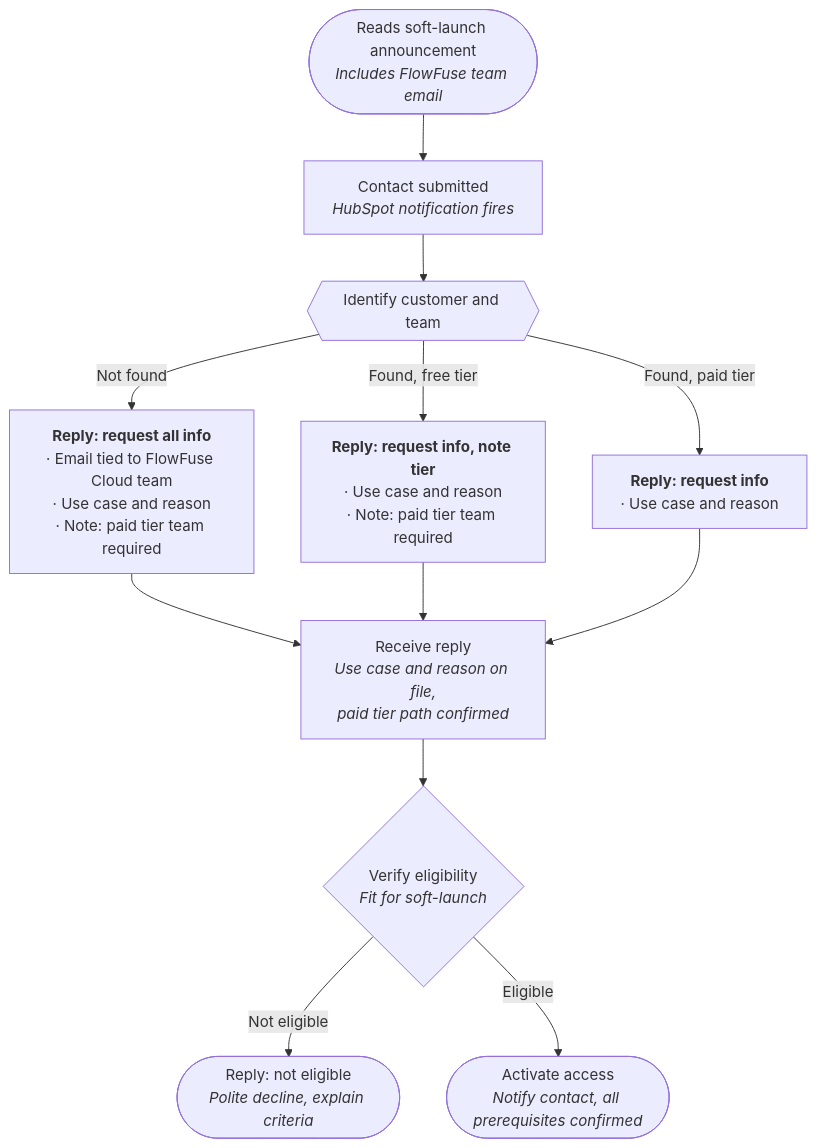
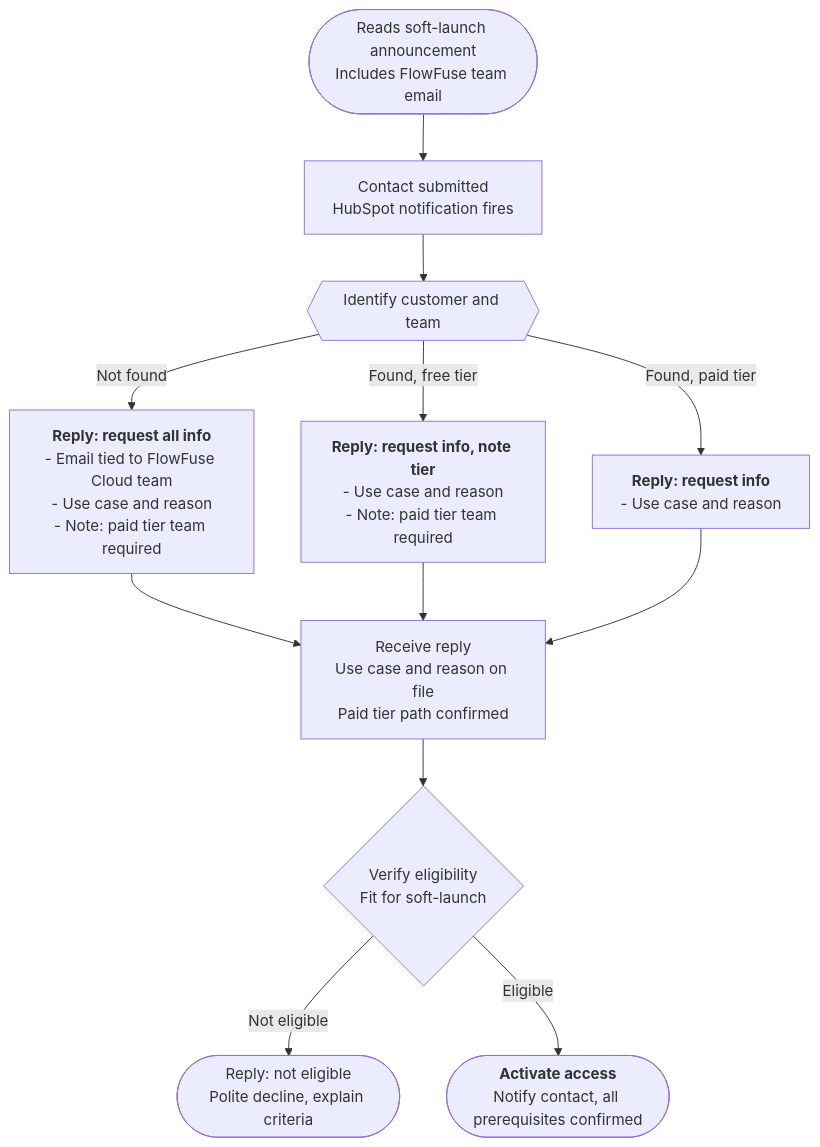
Before and after one commit to FlowFuse/website: the diagram in src/handbook/engineering/ops/expert-application-building-access.md, drawn with Mermaid.

Commit message:
handbook: quote mermaid node labels so they render
Unquoted nodes with HTML formatting caused the mermaid block to fail
silently on Eleventy/v10. Switching to quoted labels matches the
pattern used in sales/engagements.md and engineering/ops/deployment.md.

````diff
--- a/src/handbook/engineering/ops/expert-application-building-access.md
+++ b/src/handbook/engineering/ops/expert-application-building-access.md
@@ -13,27 +13,27 @@
 ```mermaid
 flowchart TD
-    Start([Reads soft-launch announcement<br/><i>Includes FlowFuse team email</i>])
-    Contact[Contact submitted<br/><i>HubSpot notification fires</i>]
-    Identify{{Identify customer and team}}
+    Start(["Reads soft-launch announcement<br />Includes FlowFuse team email"])
+    Contact["Contact submitted<br />HubSpot notification fires"]
+    Identify{{"Identify customer and team"}}
 
-    AskUnknown[<b>Reply: request all info</b><br/>· Email tied to FlowFuse Cloud team<br/>· Use case and reason<br/>· Note: paid tier team required]
-    AskFree[<b>Reply: request info, note tier</b><br/>· Use case and reason<br/>· Note: paid tier team required]
-    AskPaid[<b>Reply: request info</b><br/>· Use case and reason]
+    AskUnknown["<b>Reply: request all info</b><br />- Email tied to FlowFuse Cloud team<br />- Use case and reason<br />- Note: paid tier team required"]
+    AskFree["<b>Reply: request info, note tier</b><br />- Use case and reason<br />- Note: paid tier team required"]
+    AskPaid["<b>Reply: request info</b><br />- Use case and reason"]
 
-    Receive[Receive reply<br/><i>Use case and reason on file,<br/>paid tier path confirmed</i>]
+    Receive["Receive reply<br />Use case and reason on file<br />Paid tier path confirmed"]
 
-    Eligibility{Verify eligibility<br/><i>Fit for soft-launch</i>}
-    Decline([Reply: not eligible<br/><i>Polite decline, explain criteria</i>])
-    Activate([Activate access<br/><i>Notify contact, all prerequisites confirmed</i>])
+    Eligibility{"Verify eligibility<br />Fit for soft-launch"}
+    Decline(["Reply: not eligible<br />Polite decline, explain criteria"])
+    Activate(["<b>Activate access</b><br />Notify contact, all prerequisites confirmed"])
 
     Start --> Contact --> Identify
-    Identify -- Not found --> AskUnknown
-    Identify -- Found, free tier --> AskFree
-    Identify -- Found, paid tier --> AskPaid
+    Identify -- "Not found" --> AskUnknown
+    Identify -- "Found, free tier" --> AskFree
+    Identify -- "Found, paid tier" --> AskPaid
     AskUnknown --> Receive
     AskFree --> Receive
     AskPaid --> Receive
     Receive --> Eligibility
-    Eligibility -- Not eligible --> Decline
-    Eligibility -- Eligible --> Activate
+    Eligibility -- "Not eligible" --> Decline
+    Eligibility -- "Eligible" --> Activate
 ```
````
